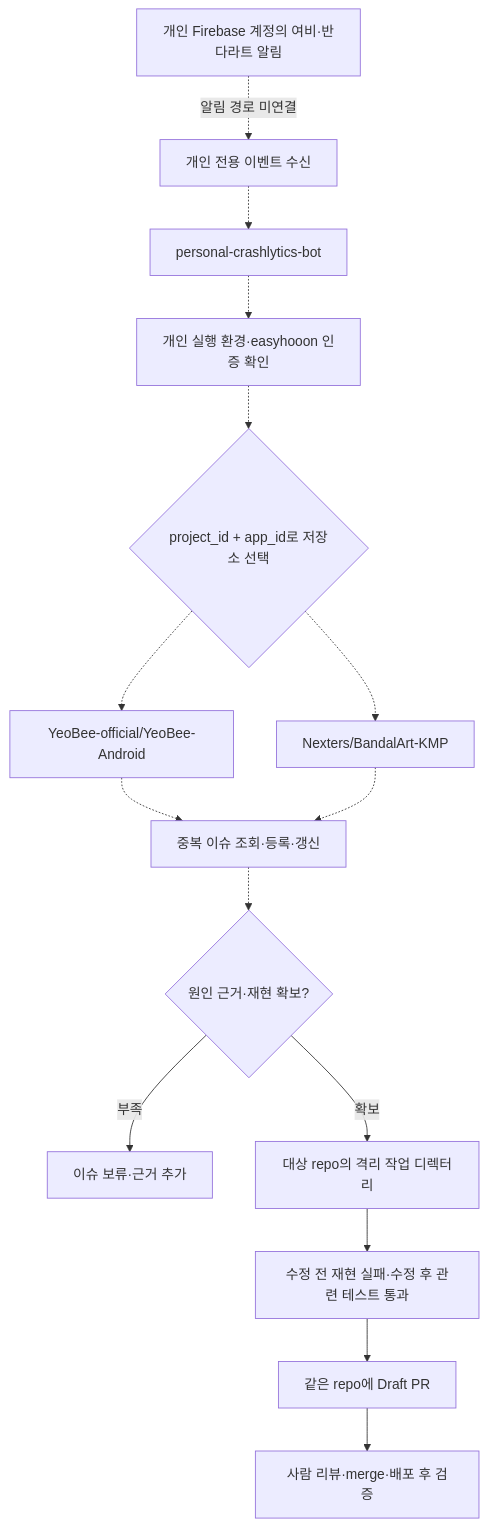
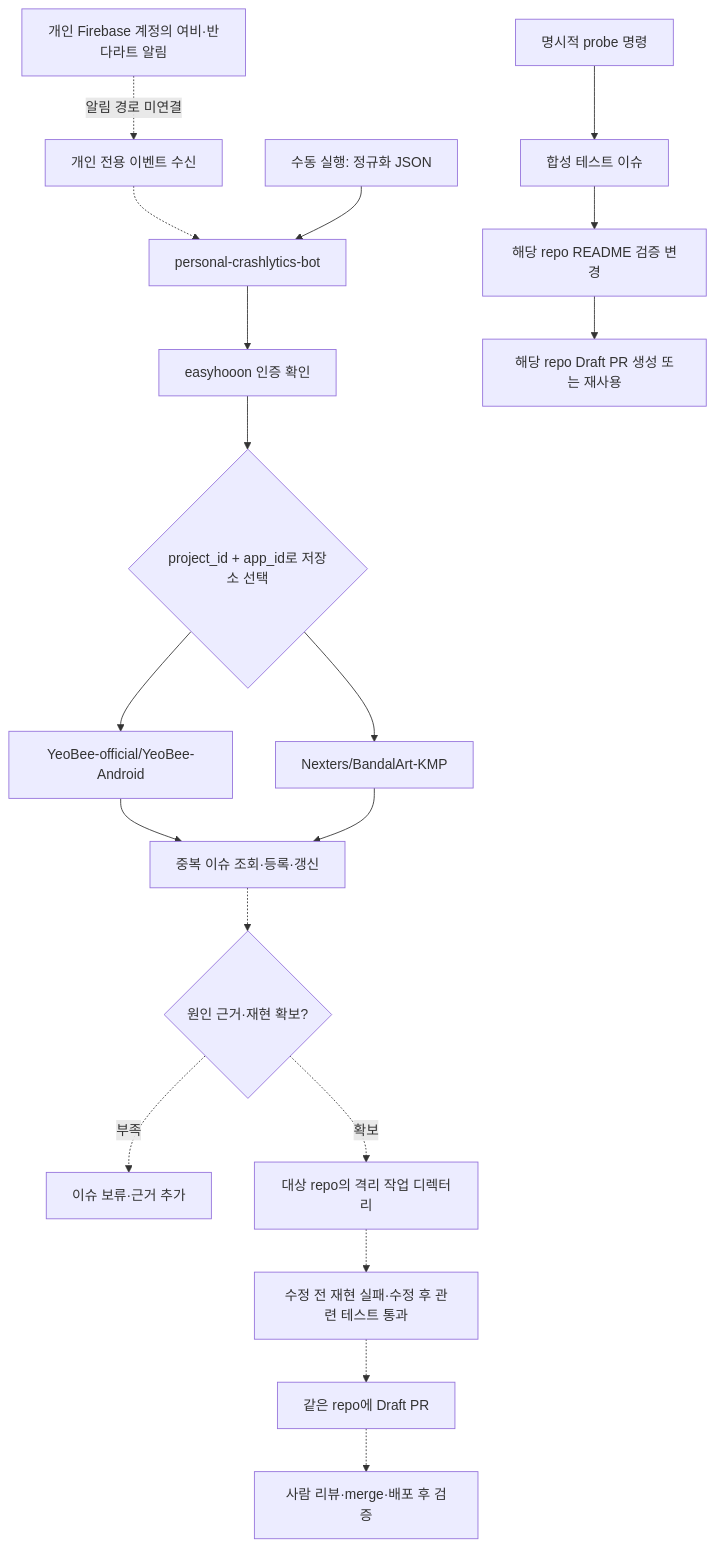
Before and after one commit to easyhooon/personal-crashlytics-bot: the diagram in README.md, drawn with Mermaid. The commit also changed other lines of this file and 3 other files, not shown here.

````diff
--- a/README.md
+++ b/README.md
@@ -32,17 +34,21 @@
 ```mermaid
 flowchart TD
     A[개인 Firebase 계정의 여비·반다라트 알림] -. 알림 경로 미연결 .-> B[개인 전용 이벤트 수신]
     B -.-> C[personal-crashlytics-bot]
-    C -.-> D[개인 실행 환경·easyhooon 인증 확인]
-    D -.-> E{project_id + app_id로 저장소 선택}
-    E -.-> Y[YeoBee-official/YeoBee-Android]
-    E -.-> R[Nexters/BandalArt-KMP]
-    Y -.-> I[중복 이슈 조회·등록·갱신]
-    R -.-> I
+    M[수동 실행: 정규화 JSON] --> C
+    C --> D[easyhooon 인증 확인]
+    D --> E{project_id + app_id로 저장소 선택}
+    E --> Y[YeoBee-official/YeoBee-Android]
+    E --> R[Nexters/BandalArt-KMP]
+    Y --> I[중복 이슈 조회·등록·갱신]
+    R --> I
+    Q[명시적 probe 명령] --> QI[합성 테스트 이슈]
+    QI --> QW[해당 repo README 검증 변경]
+    QW --> QP[해당 repo Draft PR 생성 또는 재사용]
     I -.-> F{원인 근거·재현 확보?}
-    F -- 부족 --> H[이슈 보류·근거 추가]
-    F -- 확보 --> W[대상 repo의 격리 작업 디렉터리]
-    W --> T[수정 전 재현 실패·수정 후 관련 테스트 통과]
-    T --> P[같은 repo에 Draft PR]
-    P --> V[사람 리뷰·merge·배포 후 검증]
+    F -. 부족 .-> H[이슈 보류·근거 추가]
+    F -. 확보 .-> W[대상 repo의 격리 작업 디렉터리]
+    W -.-> T[수정 전 재현 실패·수정 후 관련 테스트 통과]
+    T -.-> P[같은 repo에 Draft PR]
+    P -.-> V[사람 리뷰·merge·배포 후 검증]
 ```
````
